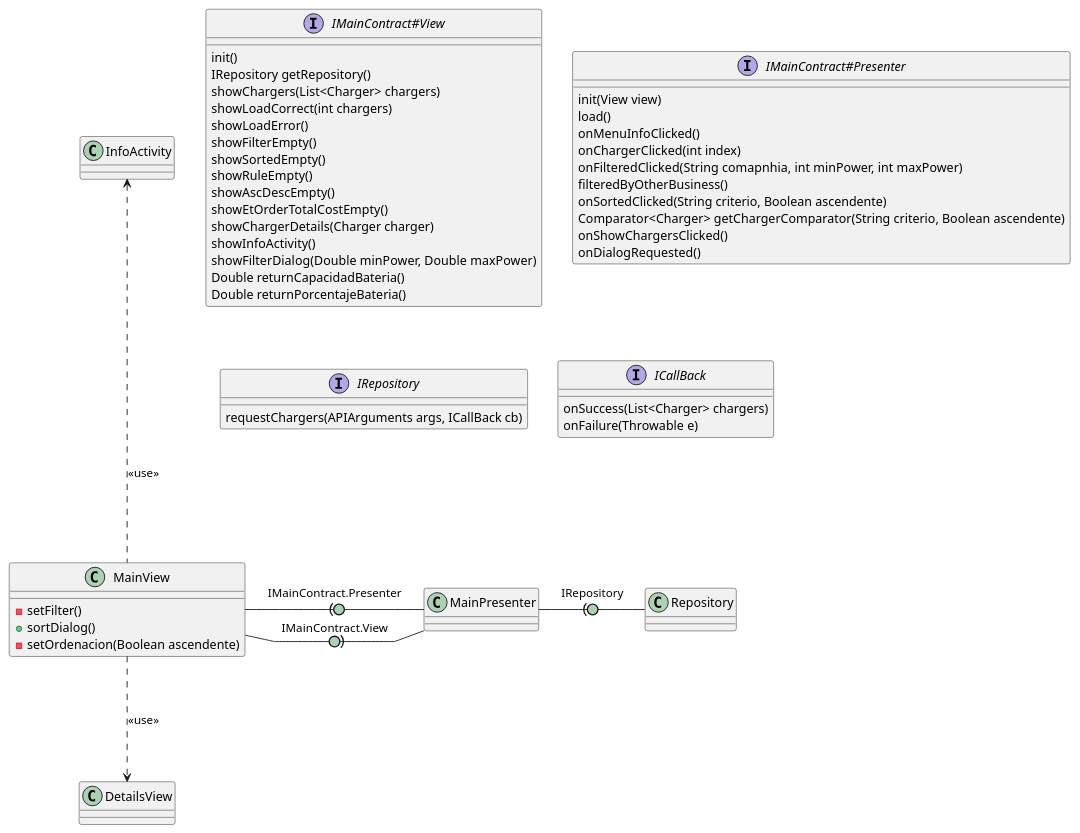
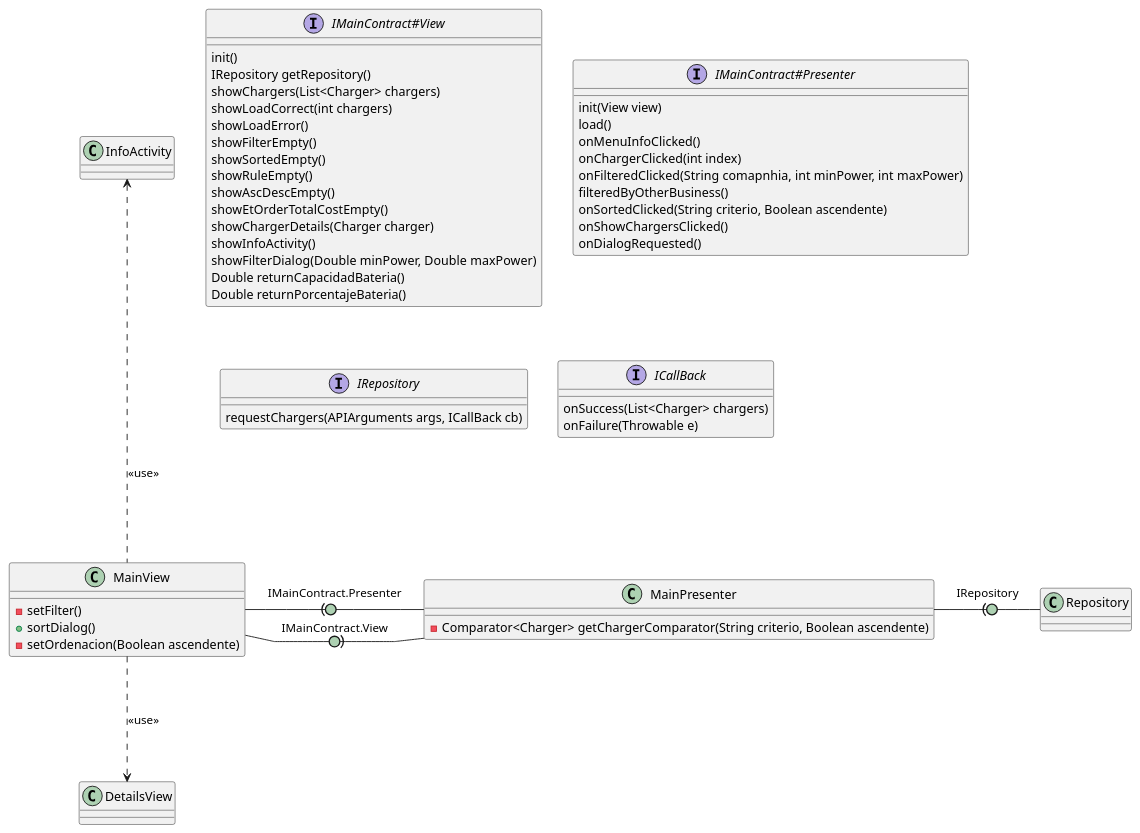
Before and after one commit to isunican/App-CarChargers-Grupo2: the diagram in Docs/Models/arquitectura.puml, drawn with PlantUML.

```diff
--- a/Docs/Models/arquitectura.puml
+++ b/Docs/Models/arquitectura.puml
@@ -1,69 +1,69 @@
 @startuml arquitectura
 
 skinparam linetype polyline
 skinparam arrowLollipopColor #ADD1B2
 
 MainView -right(0- MainPresenter : IMainContract.Presenter
 MainView -right0)- MainPresenter : IMainContract.View
 MainView -up..-> InfoActivity : <<use>>
 MainView -down..> DetailsView : <<use>>
 MainPresenter -right(0- Repository : IRepository
 
 together {
   interface IMainContract#View
   interface IMainContract#Presenter
   interface IRepository
   interface ICallBack
 }
 
 interface IMainContract#View {
     init()
     IRepository getRepository()
     showChargers(List<Charger> chargers)
     showLoadCorrect(int chargers)
     showLoadError()
     showFilterEmpty()
     showSortedEmpty()
     showRuleEmpty()
     showAscDescEmpty()
     showEtOrderTotalCostEmpty()
     showChargerDetails(Charger charger)
     showInfoActivity()
     showFilterDialog(Double minPower, Double maxPower)
     Double returnCapacidadBateria()
     Double returnPorcentajeBateria()
 }
 
 interface IMainContract#Presenter {
    init(View view)
    load()
    onMenuInfoClicked()
    onChargerClicked(int index)
    onFilteredClicked(String comapnhia, int minPower, int maxPower)
    filteredByOtherBusiness()
    onSortedClicked(String criterio, Boolean ascendente)
-   Comparator<Charger> getChargerComparator(String criterio, Boolean ascendente) 
    onShowChargersClicked()
    onDialogRequested()
 }
 
 interface IRepository {
     requestChargers(APIArguments args, ICallBack cb)
 }
 
 interface ICallBack {
     onSuccess(List<Charger> chargers)
     onFailure(Throwable e)
 }
 
 class MainPresenter {
+    -Comparator<Charger> getChargerComparator(String criterio, Boolean ascendente) 
 
 }
 
 class MainView {
     -setFilter()
     +sortDialog()
     -setOrdenacion(Boolean ascendente) 
 }
 
 @enduml
```
